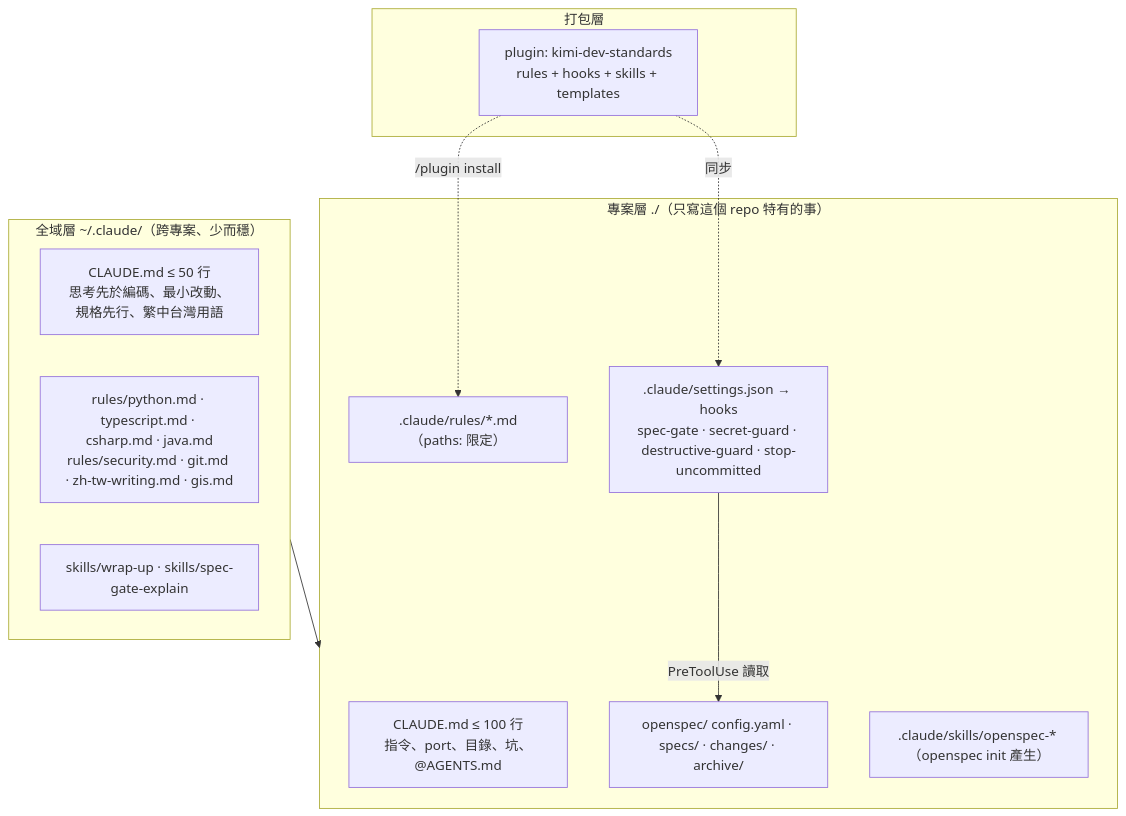
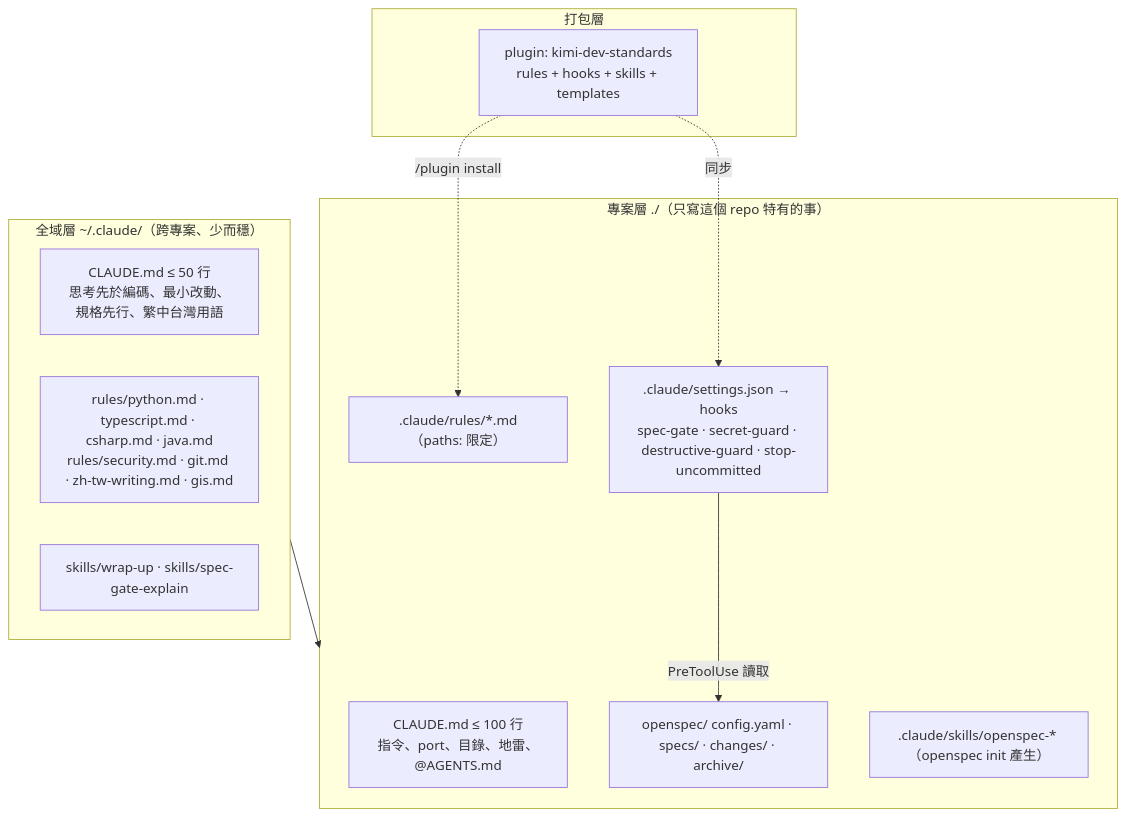
One commit to singi0771/ci-standards changed the first of 3 diagrams in docs/openspec-dev-standards-report-2026-08-29.md. Above: the diagram before and after it, drawn with Mermaid. The commit also changed other lines of this file and 38 other files, not shown here.

````diff
--- a/docs/openspec-dev-standards-report-2026-08-29.md
+++ b/docs/openspec-dev-standards-report-2026-08-29.md
@@ -163,22 +163,22 @@
 ```mermaid
 flowchart TB
     subgraph G["全域層 ~/.claude/（跨專案、少而穩）"]
         G1["CLAUDE.md ≤ 50 行<br/>思考先於編碼、最小改動、規格先行、繁中台灣用語"]
         G2["rules/python.md · typescript.md · csharp.md · java.md<br/>rules/security.md · git.md · zh-tw-writing.md · gis.md"]
         G3["skills/wrap-up · skills/spec-gate-explain"]
     end
     subgraph P["專案層 ./（只寫這個 repo 特有的事）"]
-        P1["CLAUDE.md ≤ 100 行<br/>指令、port、目錄、坑、@AGENTS.md"]
+        P1["CLAUDE.md ≤ 100 行<br/>指令、port、目錄、地雷、@AGENTS.md"]
         P2[".claude/rules/*.md（paths: 限定）"]
         P3[".claude/settings.json → hooks<br/>spec-gate · secret-guard · destructive-guard · stop-uncommitted"]
         P4["openspec/ config.yaml · specs/ · changes/ · archive/"]
         P5[".claude/skills/openspec-* （openspec init 產生）"]
     end
     subgraph K["打包層"]
         K1["plugin: kimi-dev-standards<br/>rules + hooks + skills + templates"]
     end
     G --> P
     K1 -. "/plugin install" .-> P2
     K1 -. 同步 .-> P3
     P3 -- "PreToolUse 讀取" --> P4
 ```
````
